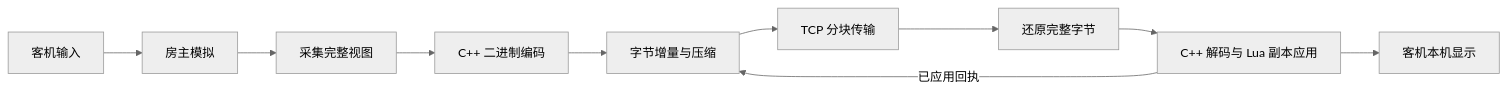
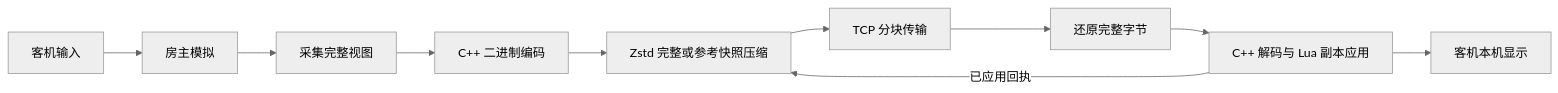
Before and after one commit to BMingSY/isaac-lan: the diagram in docs/synchronization.md, drawn with Mermaid (neutral theme). The commit also changed other lines of this file and 113 other files, not shown here.

````diff
--- a/docs/synchronization.md
+++ b/docs/synchronization.md
@@ -7,12 +7,12 @@
 ```mermaid
 flowchart LR
     I[客机输入] --> H[房主模拟]
     H --> C[采集完整视图]
     C --> E[C++ 二进制编码]
-    E --> D[字节增量与压缩]
+    E --> D[Zstd 完整或参考快照压缩]
     D --> T[TCP 分块传输]
     T --> R[还原完整字节]
     R --> A[C++ 解码与 Lua 副本应用]
     A --> P[客机本机显示]
     A -->|已应用回执| D
 ```
````
